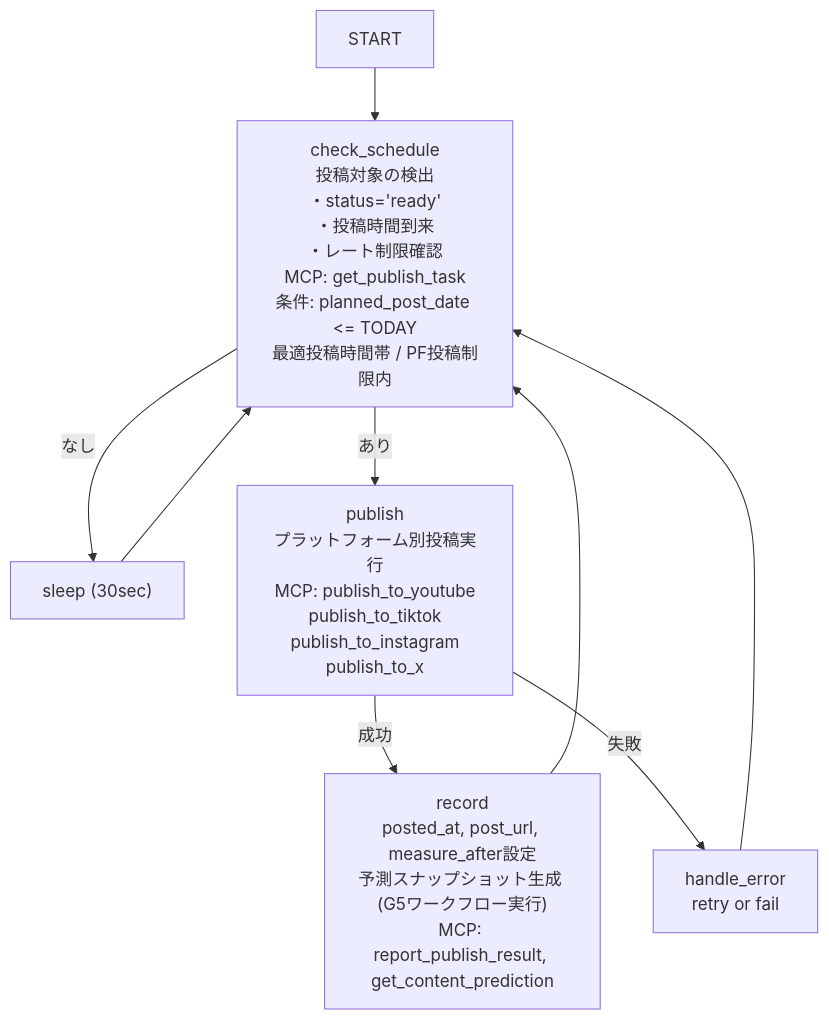
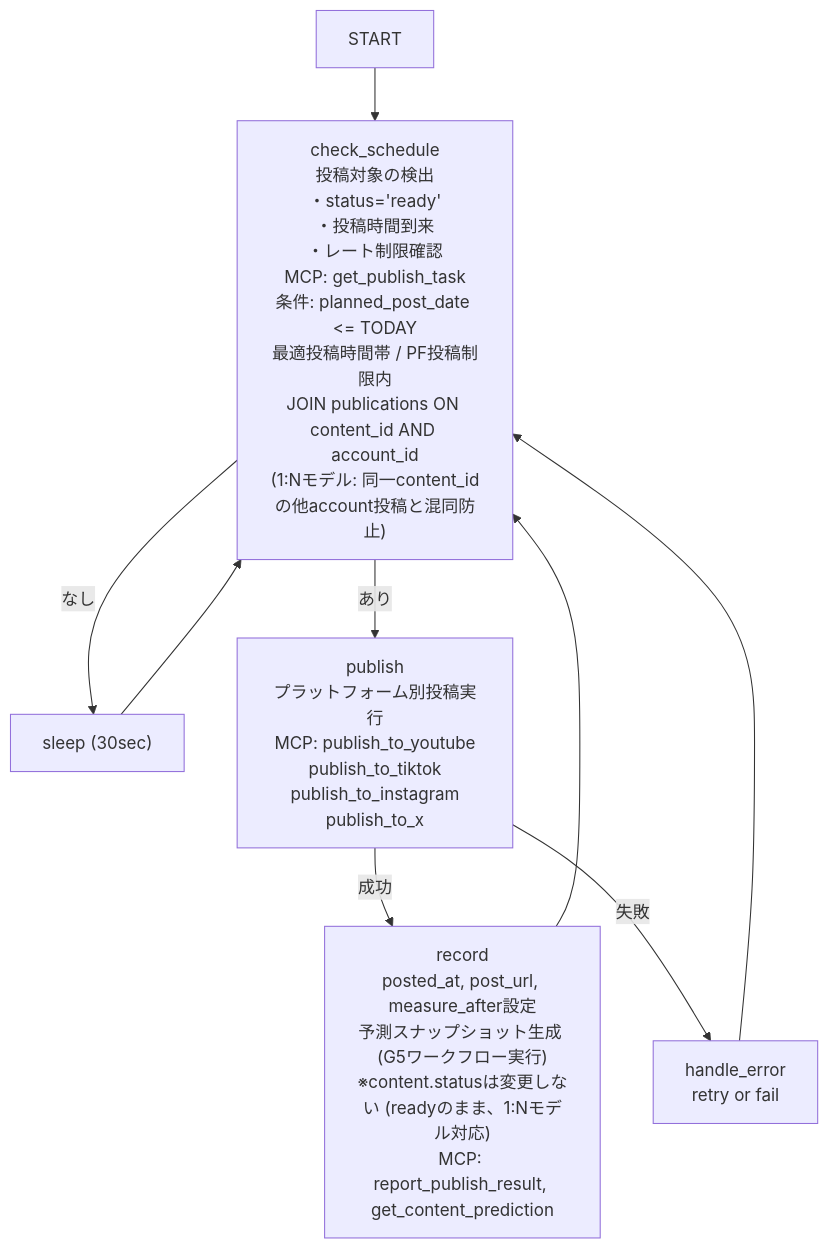
One commit to Ceed-dev/ai-influencer changed the seventh of 23 diagrams in docs/v5-specification/04-agent-design.md. Above: the diagram before and after it, drawn with Mermaid. The commit also changed other lines of this file and 3 other files, not shown here.

````diff
--- a/docs/v5-specification/04-agent-design.md
+++ b/docs/v5-specification/04-agent-design.md
@@ -1316,18 +1316,18 @@
 ```mermaid
 flowchart TB
     START["START"]
-    CS["check_schedule<br/>投稿対象の検出<br/>・status='ready'<br/>・投稿時間到来<br/>・レート制限確認<br/>MCP: get_publish_task<br/>条件: planned_post_date <= TODAY<br/>最適投稿時間帯 / PF投稿制限内"]
+    CS["check_schedule<br/>投稿対象の検出<br/>・status='ready'<br/>・投稿時間到来<br/>・レート制限確認<br/>MCP: get_publish_task<br/>条件: planned_post_date <= TODAY<br/>最適投稿時間帯 / PF投稿制限内<br/>JOIN publications ON content_id AND account_id<br/>(1:Nモデル: 同一content_idの他account投稿と混同防止)"]
     SL["sleep (30sec)"]
     PUB["publish<br/>プラットフォーム別投稿実行<br/>MCP: publish_to_youtube<br/>publish_to_tiktok<br/>publish_to_instagram<br/>publish_to_x"]
-    REC["record<br/>posted_at, post_url, measure_after設定<br/>予測スナップショット生成 (G5ワークフロー実行)<br/>MCP: report_publish_result, get_content_prediction"]
+    REC["record<br/>posted_at, post_url, measure_after設定<br/>予測スナップショット生成 (G5ワークフロー実行)<br/>※content.statusは変更しない (readyのまま、1:Nモデル対応)<br/>MCP: report_publish_result, get_content_prediction"]
     HE["handle_error<br/>retry or fail"]
 
     START --> CS
     CS -- "なし" --> SL
     SL --> CS
     CS -- "あり" --> PUB
     PUB -- "成功" --> REC
     PUB -- "失敗" --> HE
     REC --> CS
     HE --> CS
 ```
````
